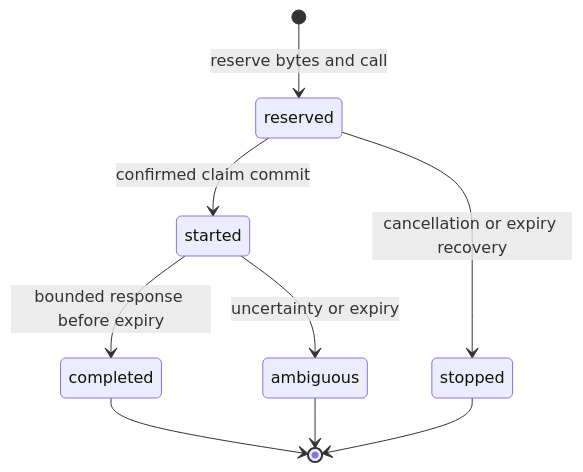
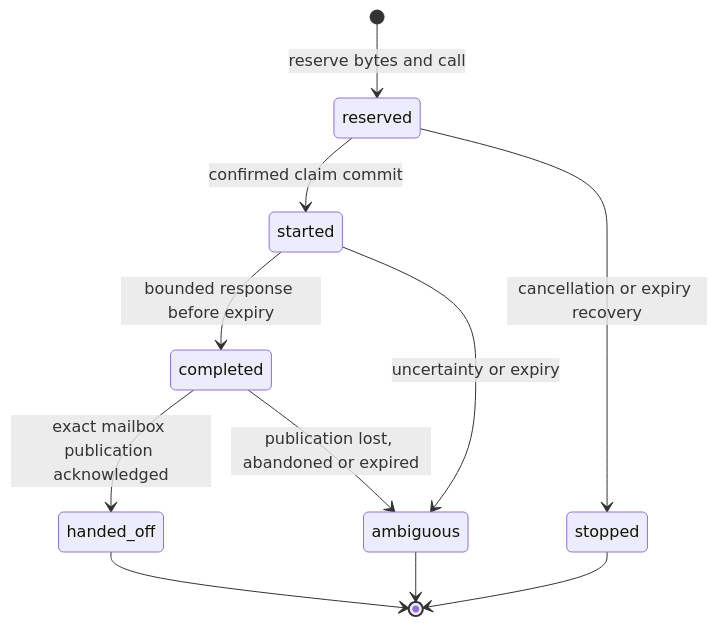
The diagram in docs/security/model-call-reservations.md (os-santiago/ai-sdlc), drawn with Mermaid before and after one commit. The commit also changed other lines of this file and 5 other files, not shown here.

````diff
--- a/docs/security/model-call-reservations.md
+++ b/docs/security/model-call-reservations.md
@@ -44,11 +45,13 @@
 ```mermaid
 stateDiagram-v2
     [*] --> reserved: reserve bytes and call
     reserved --> started: confirmed claim commit
     reserved --> stopped: cancellation or expiry recovery
     started --> completed: bounded response before expiry
     started --> ambiguous: uncertainty or expiry
-    completed --> [*]
+    completed --> handed_off: exact mailbox publication acknowledged
+    completed --> ambiguous: publication lost, abandoned or expired
+    handed_off --> [*]
     stopped --> [*]
     ambiguous --> [*]
 ```
````
